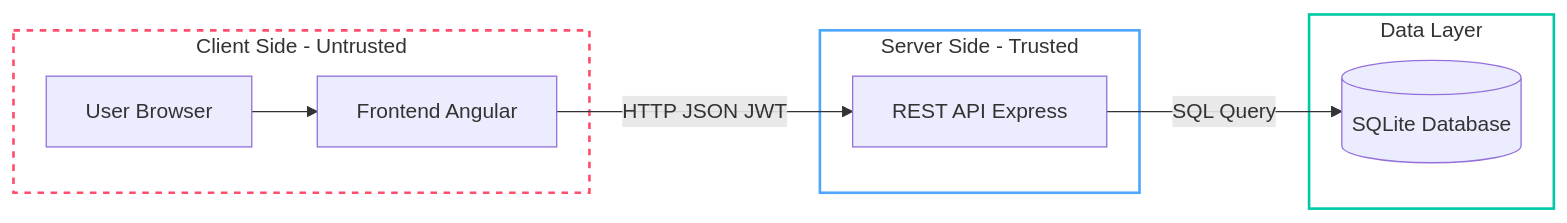
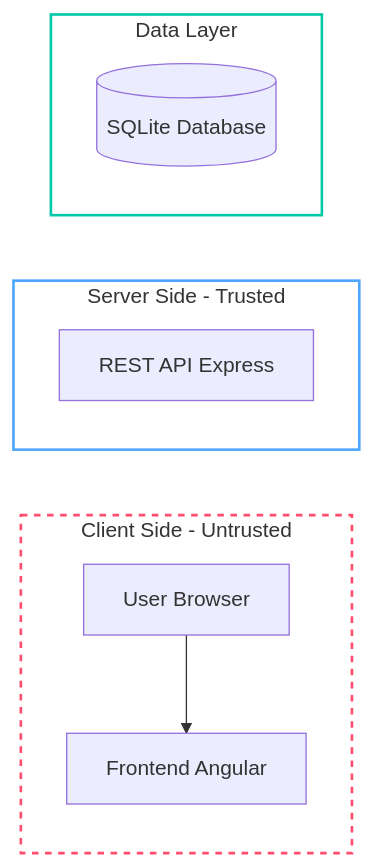
Before and after one commit to ZanAJA/PAW: the diagram in Mermaid.md, drawn with Mermaid.

````diff
--- a/Mermaid.md
+++ b/Mermaid.md
@@ -3,24 +3,21 @@
 ```mermaid
 flowchart LR
 
     subgraph CLIENT["Client Side - Untrusted"]
         U[User Browser]
         F[Frontend Angular]
         U --> F
     end
 
     subgraph SERVER["Server Side - Trusted"]
         A[REST API Express]
     end
 
     subgraph DATA["Data Layer"]
         D[(SQLite Database)]
     end
 
-    F -->|HTTP JSON JWT| A
-    A -->|SQL Query| D
-
     style CLIENT fill:none,stroke:#ff4d6d,stroke-width:2px,stroke-dasharray:5 5
     style SERVER fill:none,stroke:#4da6ff,stroke-width:2px
     style DATA fill:none,stroke:#00c9a7,stroke-width:2px
 ```
````
